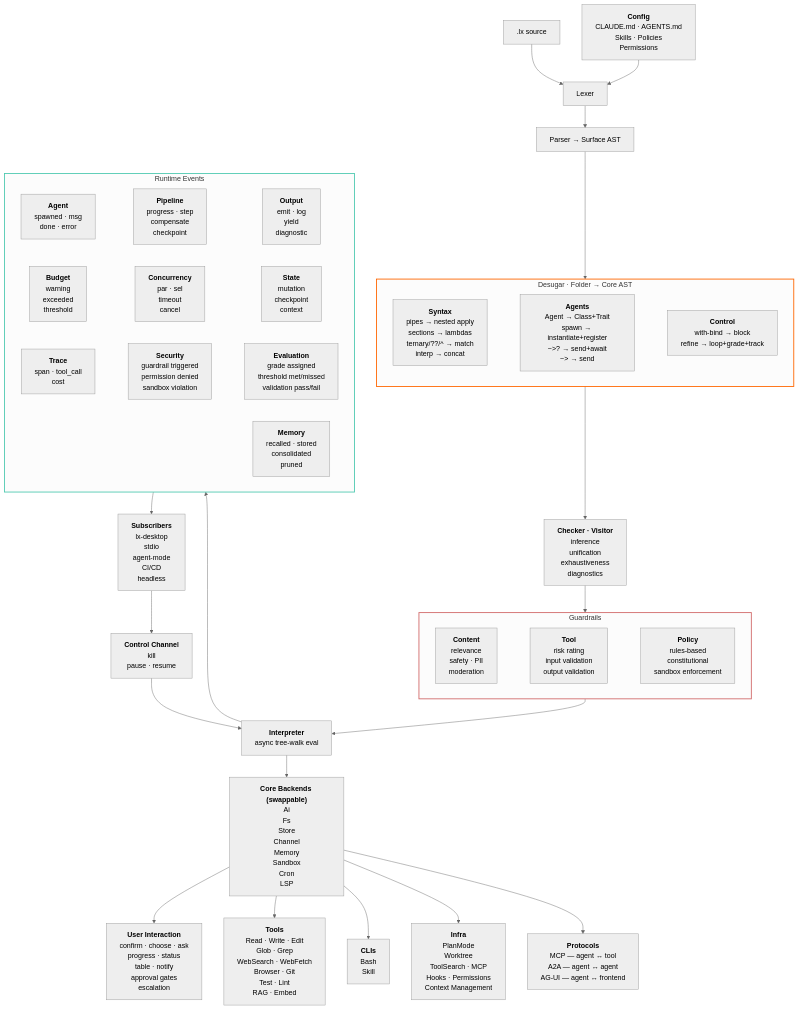
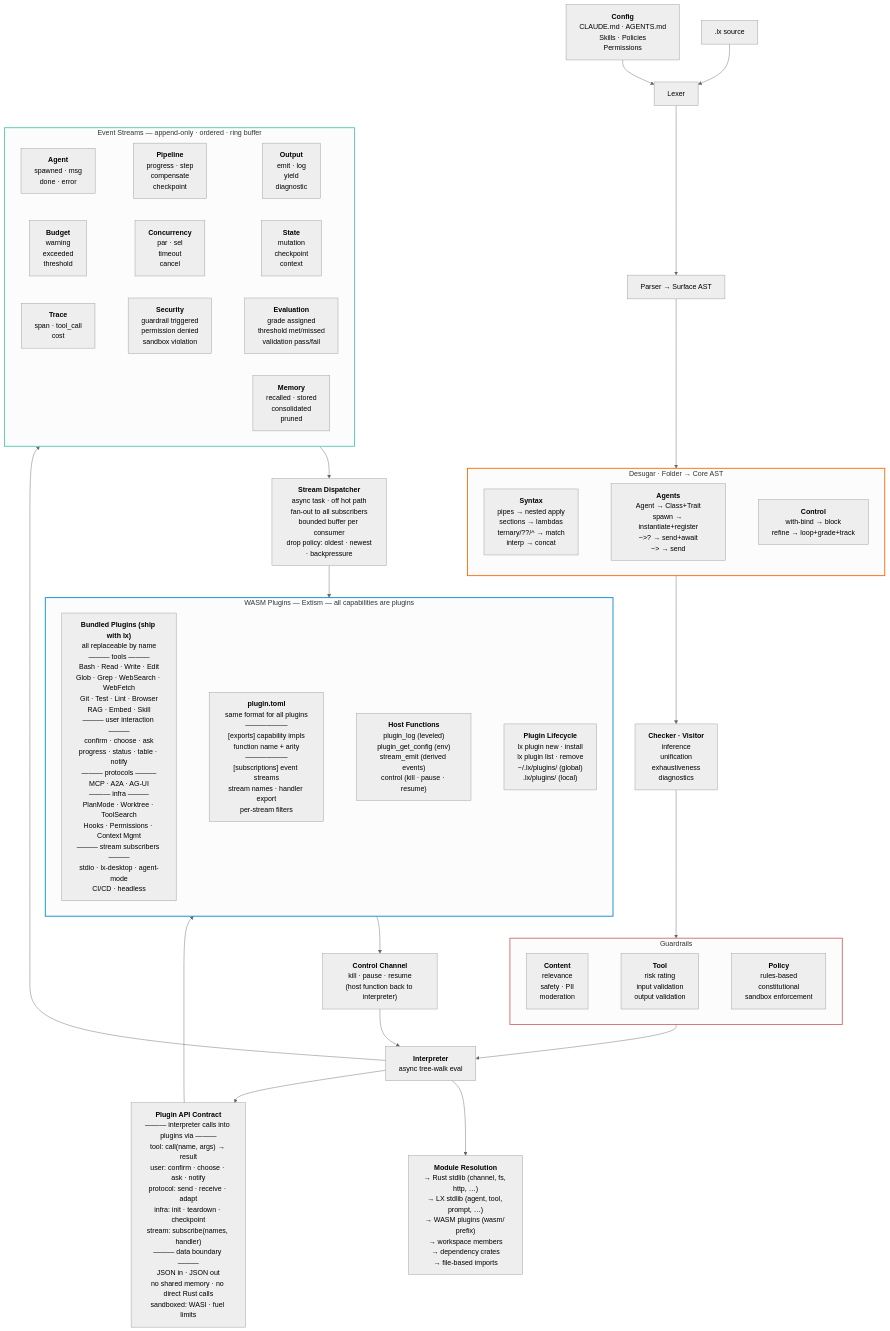
Before and after one commit to Distortedlogic/lx: the diagram in DIAGRAM.mmd, drawn with Mermaid (neutral theme). The commit also changed 28 other files, not shown here.

```diff
--- a/DIAGRAM.mmd
+++ b/DIAGRAM.mmd
@@ -1,156 +1,185 @@
 graph TD
     source[".lx source"]
     config["`**Config**
 CLAUDE.md · AGENTS.md
 Skills · Policies
 Permissions`"]
     source --> lexer["Lexer"]:::orange
     config --> lexer
     lexer --> parser["Parser → Surface AST"]:::orange
     parser --> desugars
 
     subgraph desugars ["Desugar · Folder → Core AST"]
         direction LR
         ds_syntax["`**Syntax**
 pipes → nested apply
 sections → lambdas
 ternary/??/^ → match
 interp → concat`"]:::orange
         ds_agents["`**Agents**
 Agent → Class+Trait
 spawn → instantiate+register
 ~>? → send+await
 ~> → send`"]:::orange
         ds_control["`**Control**
 with-bind → block
 refine → loop+grade+track`"]:::orange
         ds_syntax ~~~ ds_agents ~~~ ds_control
     end
 
     desugars --> checker["`**Checker · Visitor**
 inference
 unification
 exhaustiveness
 diagnostics`"]:::yellow
     checker --> guardrails
 
     subgraph guardrails ["Guardrails"]
         direction LR
         gr_content["`**Content**
 relevance
 safety · PII
 moderation`"]:::red
         gr_tool["`**Tool**
 risk rating
 input validation
 output validation`"]:::red
         gr_policy["`**Policy**
 rules-based
 constitutional
 sandbox enforcement`"]:::red
         gr_content ~~~ gr_tool ~~~ gr_policy
     end
 
     guardrails --> interpreter["`**Interpreter**
 async tree-walk eval`"]:::purple
 
-    interpreter --> backends["`**Core Backends (swappable)**
-Ai
-Fs
-Store
-Channel
-Memory
-Sandbox
-Cron
-LSP`"]:::blue
+    interpreter --> resolve["`**Module Resolution**
+→ Rust stdlib (channel, fs, http, …)
+→ LX stdlib (agent, tool, prompt, …)
+→ WASM plugins (wasm/ prefix)
+→ workspace members
+→ dependency crates
+→ file-based imports`"]:::purple
+
+    interpreter --> api["`**Plugin API Contract**
+——— interpreter calls into plugins via ———
+tool: call(name, args) → result
+user: confirm · choose · ask · notify
+protocol: send · receive · adapt
+infra: init · teardown · checkpoint
+stream: subscribe(names, handler)
+——— data boundary ———
+JSON in · JSON out
+no shared memory · no direct Rust calls
+sandboxed: WASI · fuel limits`"]:::blue
+
     interpreter --> events
 
-    backends --> user["`**User Interaction**
+    api --> wasm_ext
+
+    subgraph wasm_ext ["WASM Plugins — Extism — all capabilities are plugins"]
+        direction LR
+        bundled["`**Bundled Plugins (ship with lx)**
+all replaceable by name
+——— tools ———
+Bash · Read · Write · Edit
+Glob · Grep · WebSearch · WebFetch
+Git · Test · Lint · Browser
+RAG · Embed · Skill
+——— user interaction ———
 confirm · choose · ask
-progress · status
-table · notify
-approval gates
-escalation`"]:::bluelight
+progress · status · table · notify
+——— protocols ———
+MCP · A2A · AG-UI
+——— infra ———
+PlanMode · Worktree · ToolSearch
+Hooks · Permissions · Context Mgmt
+——— stream subscribers ———
+stdio · lx-desktop · agent-mode
+CI/CD · headless`"]:::blue
+        manifest["`**plugin.toml**
+same format for all plugins
+——————
+[exports] capability impls
+function name + arity
+——————
+[subscriptions] event streams
+stream names · handler export
+per-stream filters`"]:::blue
+        host_fns["`**Host Functions**
+plugin_log (leveled)
+plugin_get_config (env)
+stream_emit (derived events)
+control (kill · pause · resume)`"]:::blue
+        lifecycle["`**Plugin Lifecycle**
+lx plugin new · install
+lx plugin list · remove
+~/.lx/plugins/ (global)
+.lx/plugins/ (local)`"]:::blue
+        bundled ~~~ manifest ~~~ host_fns ~~~ lifecycle
+    end
 
-    subgraph events ["Runtime Events"]
+    subgraph events ["Event Streams — append-only · ordered · ring buffer"]
         direction LR
         evt_agent["`**Agent**
 spawned · msg
 done · error`"]:::teal
         evt_pipeline["`**Pipeline**
 progress · step
 compensate
 checkpoint`"]:::teal
         evt_output["`**Output**
 emit · log
 yield
 diagnostic`"]:::teal
         evt_budget["`**Budget**
 warning
 exceeded
 threshold`"]:::teal
         evt_concurrency["`**Concurrency**
 par · sel
 timeout
 cancel`"]:::teal
         evt_state["`**State**
 mutation
 checkpoint
 context`"]:::teal
         evt_trace["`**Trace**
 span · tool_call
 cost`"]:::teal
         evt_security["`**Security**
 guardrail triggered
 permission denied
 sandbox violation`"]:::teal
         evt_eval["`**Evaluation**
 grade assigned
 threshold met/missed
 validation pass/fail`"]:::teal
         evt_memory["`**Memory**
 recalled · stored
 consolidated
 pruned`"]:::teal
         evt_agent ~~~ evt_pipeline ~~~ evt_output
         evt_budget ~~~ evt_concurrency ~~~ evt_state
         evt_trace ~~~ evt_security ~~~ evt_eval
     end
 
-    backends --> tools["`**Tools**
-Read · Write · Edit
-Glob · Grep
-WebSearch · WebFetch
-Browser · Git
-Test · Lint
-RAG · Embed`"]:::bluelight
-    backends --> clis["`**CLIs**
-Bash
-Skill`"]:::bluelight
-    backends --> infra["`**Infra**
-PlanMode
-Worktree
-ToolSearch · MCP
-Hooks · Permissions
-Context Management`"]:::bluelight
+    events --> dispatch["`**Stream Dispatcher**
+async task · off hot path
+fan-out to all subscribers
+bounded buffer per consumer
+drop policy: oldest · newest
+· backpressure`"]:::teal
 
-    backends --> protocols["`**Protocols**
-MCP — agent ↔ tool
-A2A — agent ↔ agent
-AG-UI — agent ↔ frontend`"]:::bluelight
+    dispatch --> wasm_ext
 
-    events --> subs["`**Subscribers**
-lx-desktop
-stdio
-agent-mode
-CI/CD
-headless`"]:::teal
-
-    subs --> control["`**Control Channel**
-kill
-pause · resume`"]:::teal
+    wasm_ext --> control["`**Control Channel**
+kill · pause · resume
+(host function back to interpreter)`"]:::teal
     control --> interpreter
 
     style desugars stroke:#ff6600,stroke-width:2px
     style guardrails stroke:#d16969,stroke-width:2px
     style events stroke:#4ec9b0,stroke-width:2px
+    style wasm_ext stroke:#0288d1,stroke-width:2px
```
